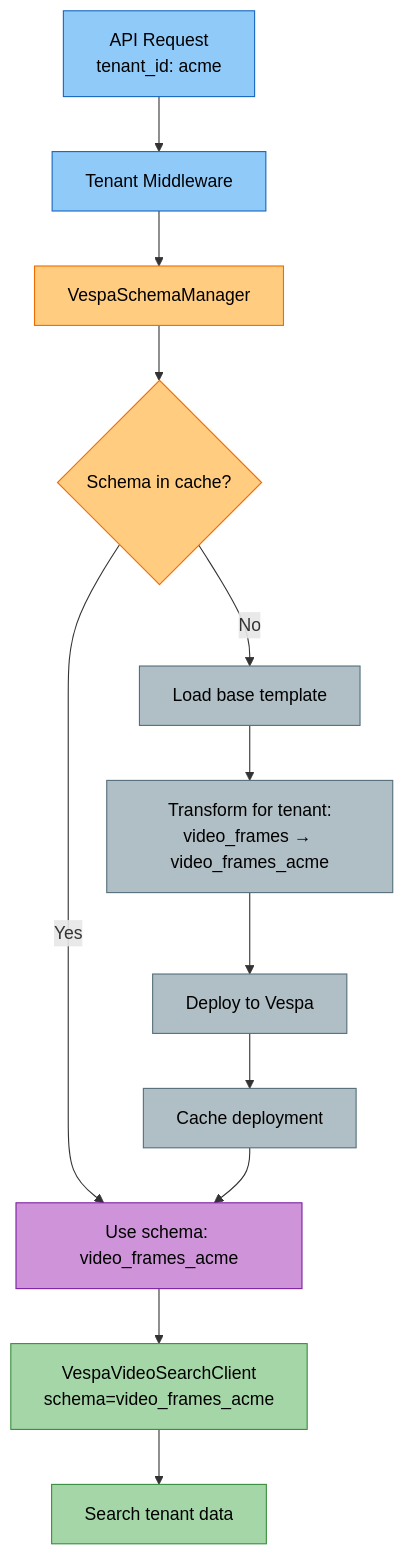
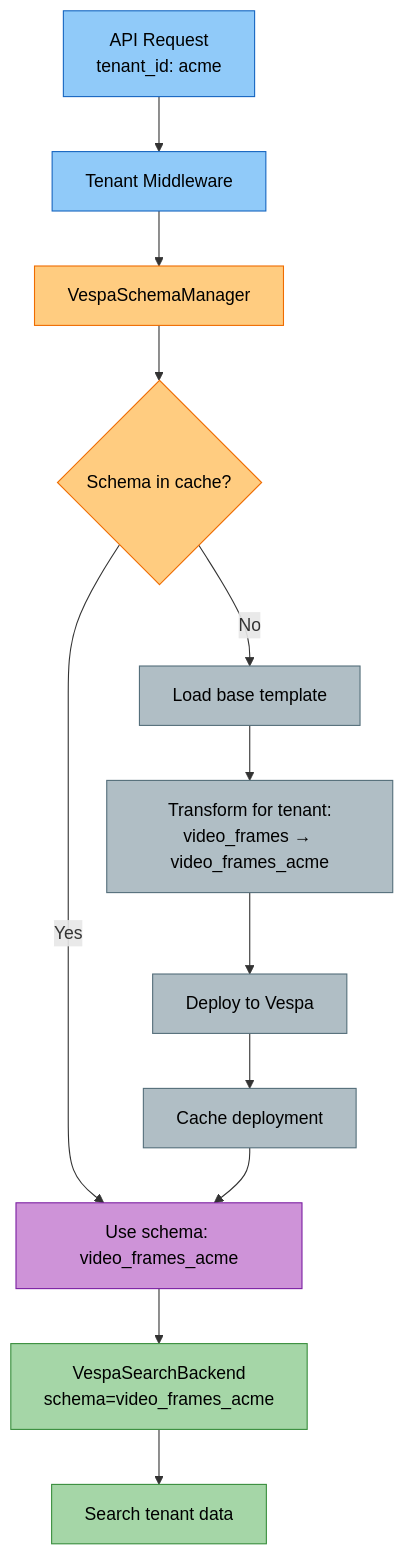
The eighth of 9 diagrams in docs/modules/backends.md (amit-jain/cogniverse), drawn with Mermaid before and after one commit. The commit also changed other lines of this file and 17 other files, not shown here.

Commit message:
Remove VespaVideoSearchClient; ranking test uses VespaSearchBackend

````diff
--- a/docs/modules/backends.md
+++ b/docs/modules/backends.md
@@ -1238,29 +1234,29 @@
 ```mermaid
 flowchart TB
     API["<span style='color:#000'>API Request<br/>tenant_id: acme</span>"] --> Middleware["<span style='color:#000'>Tenant Middleware</span>"]
     Middleware --> SchemaManager["<span style='color:#000'>VespaSchemaManager</span>"]
 
     SchemaManager --> CheckCache{"<span style='color:#000'>Schema in cache?</span>"}
     CheckCache -->|Yes| UseSchema["<span style='color:#000'>Use schema: video_frames_acme</span>"]
     CheckCache -->|No| LoadTemplate["<span style='color:#000'>Load base template</span>"]
 
     LoadTemplate --> Transform["<span style='color:#000'>Transform for tenant:<br/>video_frames → video_frames_acme</span>"]
     Transform --> Deploy["<span style='color:#000'>Deploy to Vespa</span>"]
     Deploy --> Cache["<span style='color:#000'>Cache deployment</span>"]
     Cache --> UseSchema
 
-    UseSchema --> VespaClient["<span style='color:#000'>VespaVideoSearchClient<br/>schema=video_frames_acme</span>"]
+    UseSchema --> VespaClient["<span style='color:#000'>VespaSearchBackend<br/>schema=video_frames_acme</span>"]
     VespaClient --> Search["<span style='color:#000'>Search tenant data</span>"]
 
     style API fill:#90caf9,stroke:#1565c0,color:#000
     style Middleware fill:#90caf9,stroke:#1565c0,color:#000
     style SchemaManager fill:#ffcc80,stroke:#ef6c00,color:#000
     style CheckCache fill:#ffcc80,stroke:#ef6c00,color:#000
     style UseSchema fill:#ce93d8,stroke:#7b1fa2,color:#000
     style LoadTemplate fill:#b0bec5,stroke:#546e7a,color:#000
     style Transform fill:#b0bec5,stroke:#546e7a,color:#000
     style Deploy fill:#b0bec5,stroke:#546e7a,color:#000
     style Cache fill:#b0bec5,stroke:#546e7a,color:#000
     style VespaClient fill:#a5d6a7,stroke:#388e3c,color:#000
     style Search fill:#a5d6a7,stroke:#388e3c,color:#000
 ```
````
